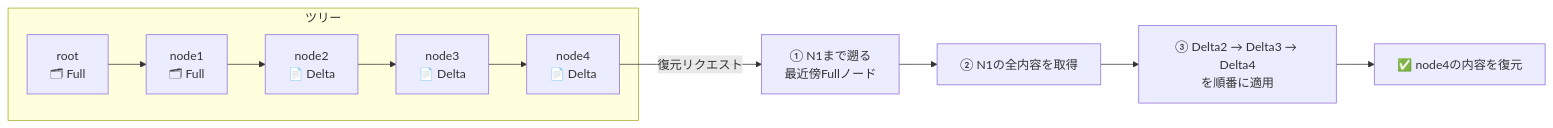
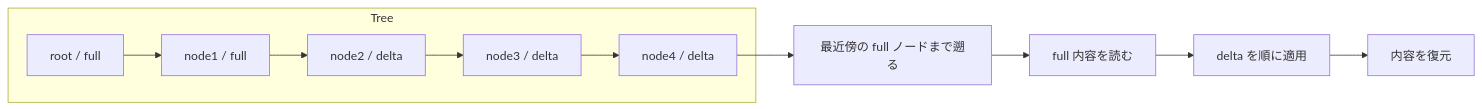
One commit to mmiyaji/vscode-undotree changed the sixth of 6 diagrams in README_ja.md. Above: the diagram before and after it, drawn with Mermaid. The commit also changed other lines of this file and 10 other files, not shown here.

````diff
--- a/README_ja.md
+++ b/README_ja.md
@@ -168,16 +219,16 @@
 ```mermaid
 graph LR
-  subgraph ツリー
-    N0["root\n🗂 Full"]
-    N1["node1\n🗂 Full"]
-    N2["node2\n📄 Delta"]
-    N3["node3\n📄 Delta"]
-    N4["node4\n📄 Delta"]
+  subgraph Tree
+    N0["root / full"]
+    N1["node1 / full"]
+    N2["node2 / delta"]
+    N3["node3 / delta"]
+    N4["node4 / delta"]
     N0 --> N1 --> N2 --> N3 --> N4
   end
 
-  N4 -->|"復元リクエスト"| step1
-  step1["① N1まで遡る\n最近傍Fullノード"] --> step2
-  step2["② N1の全内容を取得"] --> step3
-  step3["③ Delta2 → Delta3 → Delta4\nを順番に適用"] --> result["✅ node4の内容を復元"]
+  N4 --> step1["最近傍の full ノードまで遡る"]
+  step1 --> step2["full 内容を読む"]
+  step2 --> step3["delta を順に適用"]
+  step3 --> result["内容を復元"]
 ```
````
